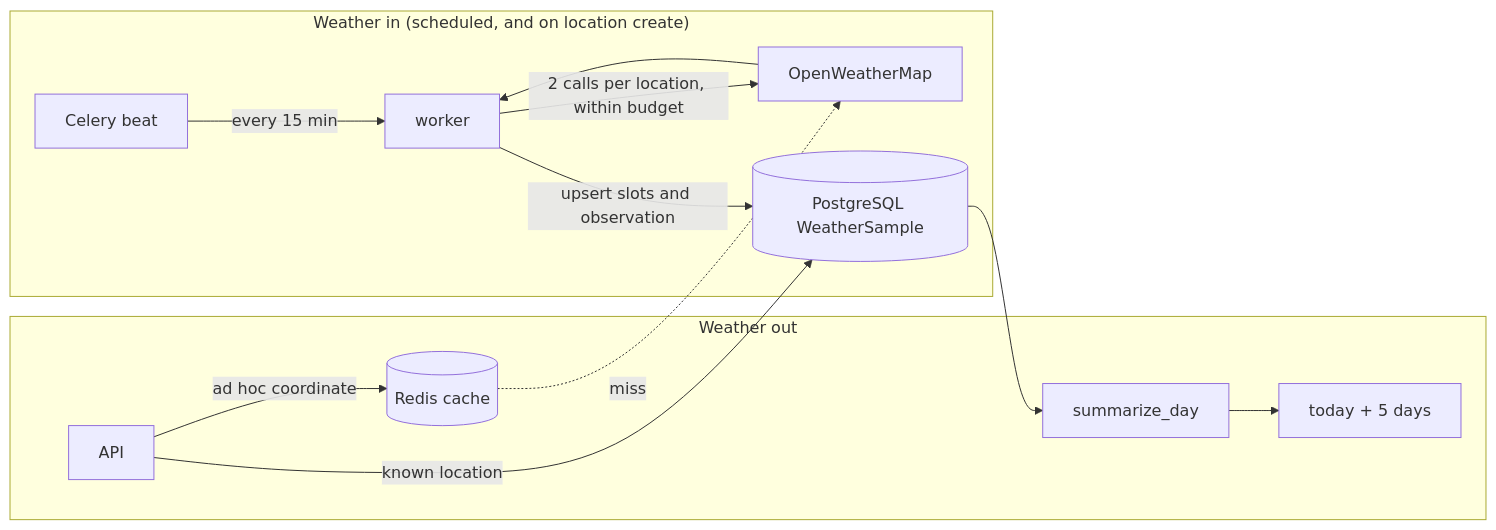
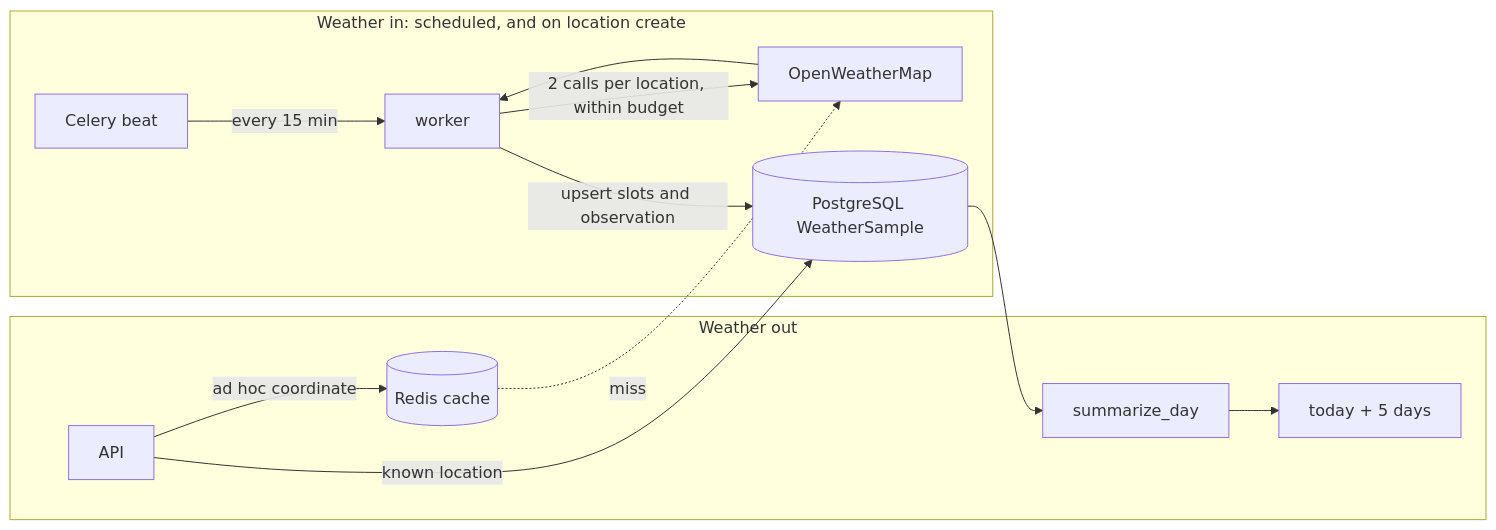
Before and after one commit to AlitalipSever/travel-agency: the fourth of 6 diagrams in docs/02-architecture.md, drawn with Mermaid. The commit also changed other lines of this file and 2 other files, not shown here.

First line of the commit message:
Diagrams drawn as plain Mermaid flowcharts for renderer compatibility

````diff
--- a/docs/02-architecture.md
+++ b/docs/02-architecture.md
@@ -278,16 +286,16 @@
 ```mermaid
 flowchart LR
-  subgraph in["Weather in (scheduled, and on location create)"]
-    beat[Celery beat] -->|every 15 min| worker
-    worker -->|2 calls per location, within budget| owm[OpenWeatherMap]
+  subgraph in["Weather in: scheduled, and on location create"]
+    beat["Celery beat"] -- "every 15 min" --> worker["worker"]
+    worker -- "2 calls per location, within budget" --> owm["OpenWeatherMap"]
     owm --> worker
-    worker -->|upsert slots and observation| pg[(PostgreSQL WeatherSample)]
+    worker -- "upsert slots and observation" --> pg[("PostgreSQL WeatherSample")]
   end
   subgraph read["Weather out"]
-    api[API] -->|known location| pg
-    api -->|ad hoc coordinate| redis[(Redis cache)]
-    redis -.miss.-> owm
-    pg --> summary[summarize_day]
-    summary --> resp1[today + 5 days]
+    api["API"] -- "known location" --> pg
+    api -- "ad hoc coordinate" --> redis[("Redis cache")]
+    redis -. "miss" .-> owm
+    pg --> summary["summarize_day"]
+    summary --> resp1["today + 5 days"]
   end
 ```
````
